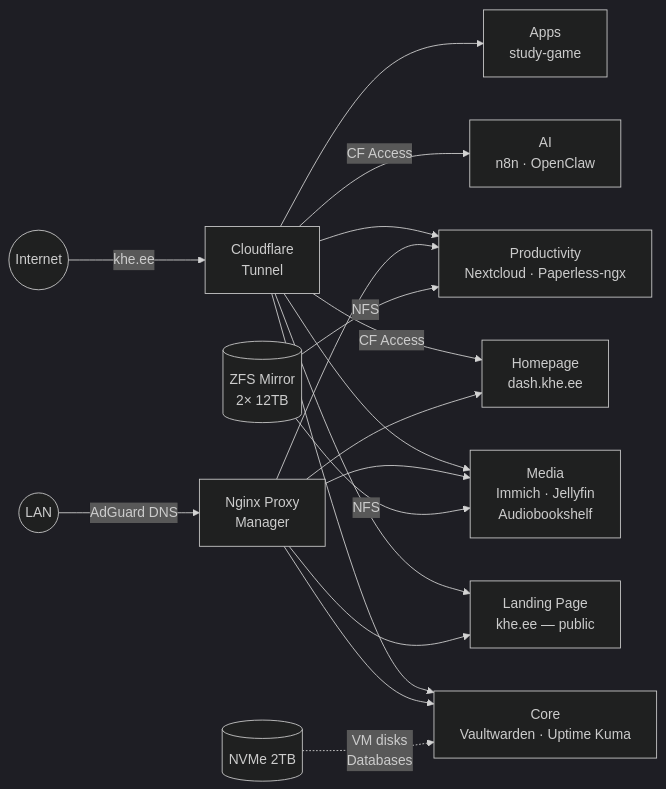
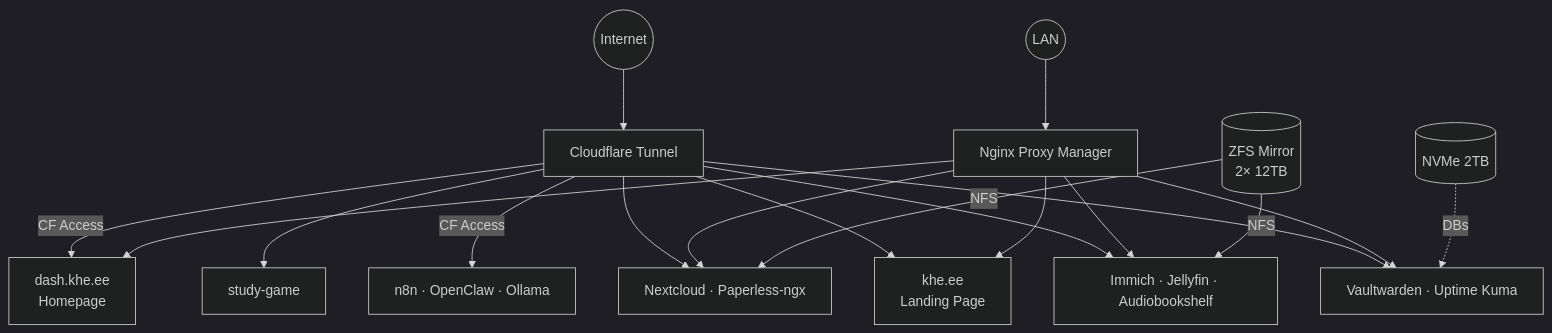
One commit to khelias/khe-homelab changed the diagram in README.md. Above: the diagram before and after it, drawn with Mermaid (dark theme).

Commit message:
README: switch architecture diagram to vertical layout for readability
graph LR → graph TD, merge CF & NPM arrows with & operator,
shorter node labels. Same content, less cramped.

````diff
--- a/README.md
+++ b/README.md
@@ -7,23 +7,18 @@
 ```mermaid
-graph LR
-    Internet((Internet)) -->|khe.ee| CF[Cloudflare\nTunnel]
-    LAN((LAN)) -->|AdGuard DNS| NPM[Nginx Proxy\nManager]
+graph TD
+    Internet((Internet)) --> CF[Cloudflare Tunnel]
+    LAN((LAN)) --> NPM[Nginx Proxy Manager]
 
-    CF --> Landing[Landing Page\nkhe.ee — public]
-    CF -->|CF Access| Dashboard[Homepage\ndash.khe.ee]
-    CF --> Core[Core\nVaultwarden · Uptime Kuma]
-    CF --> Media[Media\nImmich · Jellyfin\nAudiobookshelf]
-    CF --> Prod[Productivity\nNextcloud · Paperless-ngx]
-    CF -->|CF Access| AI[AI\nn8n · OpenClaw]
-    CF --> Apps[Apps\nstudy-game]
-
-    NPM --> Landing
+    CF & NPM --> Landing[khe.ee\nLanding Page]
+    CF & NPM --> Core[Vaultwarden · Uptime Kuma]
+    CF & NPM --> Media[Immich · Jellyfin · Audiobookshelf]
+    CF & NPM --> Prod[Nextcloud · Paperless-ngx]
+    CF -->|CF Access| Dashboard[dash.khe.ee\nHomepage]
     NPM --> Dashboard
-    NPM --> Core
-    NPM --> Media
-    NPM --> Prod
+    CF -->|CF Access| AI[n8n · OpenClaw · Ollama]
+    CF --> Apps[study-game]
 
     HDD[(ZFS Mirror\n2× 12TB)] -->|NFS| Media
     HDD -->|NFS| Prod
-    NVMe[(NVMe 2TB)] -.->|VM disks\nDatabases| Core
+    NVMe[(NVMe 2TB)] -.->|DBs| Core
 ```
````
